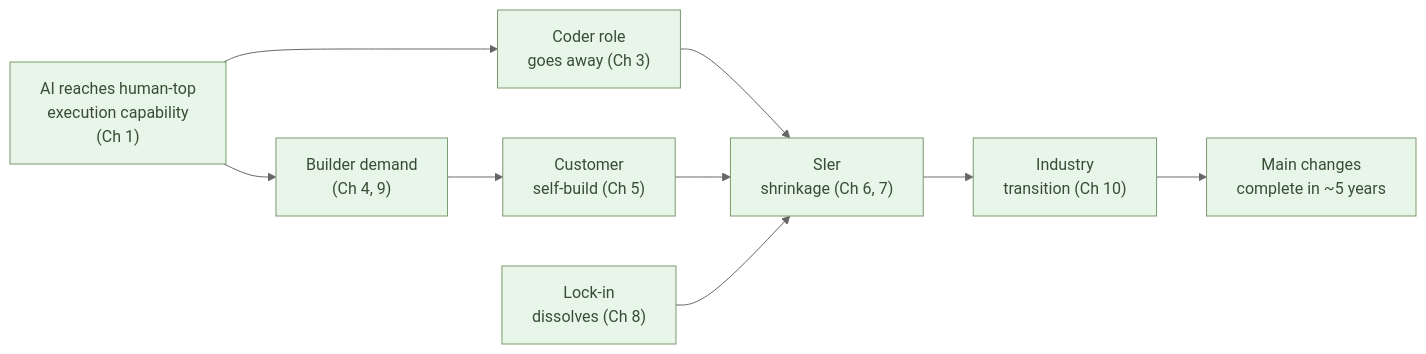
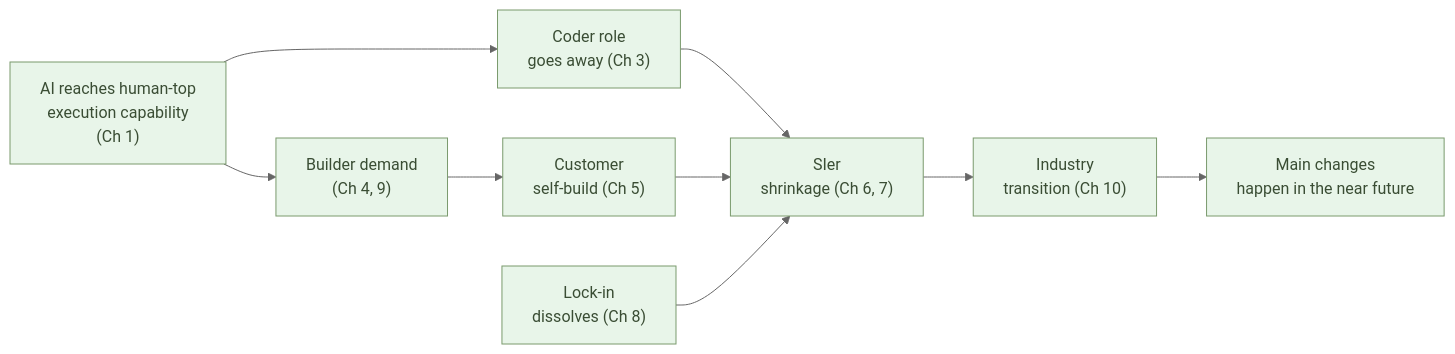
One commit to aiseed-dev/website changed the diagram in articles/ai-native-ways/software/23-five-years/en.md. Above: the diagram before and after it, drawn with Mermaid (neutral theme). The commit also changed other lines of this file and 12 other files, not shown here.

````diff
--- a/articles/ai-native-ways/software/23-five-years/en.md
+++ b/articles/ai-native-ways/software/23-five-years/en.md
@@ -57,23 +57,23 @@
 ```mermaid
 flowchart LR
   AI["AI reaches human-top<br/>execution capability<br/>(Ch 1)"]
   Coder["Coder role<br/>goes away (Ch 3)"]
   Builder["Builder demand<br/>(Ch 4, 9)"]
   Customer["Customer<br/>self-build (Ch 5)"]
   SIer["SIer<br/>shrinkage (Ch 6, 7)"]
   Lock["Lock-in<br/>dissolves (Ch 8)"]
   Industry["Industry<br/>transition (Ch 10)"]
-  Done["Main changes<br/>complete in ~5 years"]
+  Done["Main changes<br/>happen in the near future"]
 
   AI --> Coder
   AI --> Builder
   Builder --> Customer
   Coder --> SIer
   Customer --> SIer
   Lock --> SIer
   SIer --> Industry
   Industry --> Done
 
   classDef good fill:#e8f5e9,stroke:#7a9a6d,color:#3a4d34
   class AI,Coder,Builder,Customer,SIer,Lock,Industry,Done good
 ```
````
